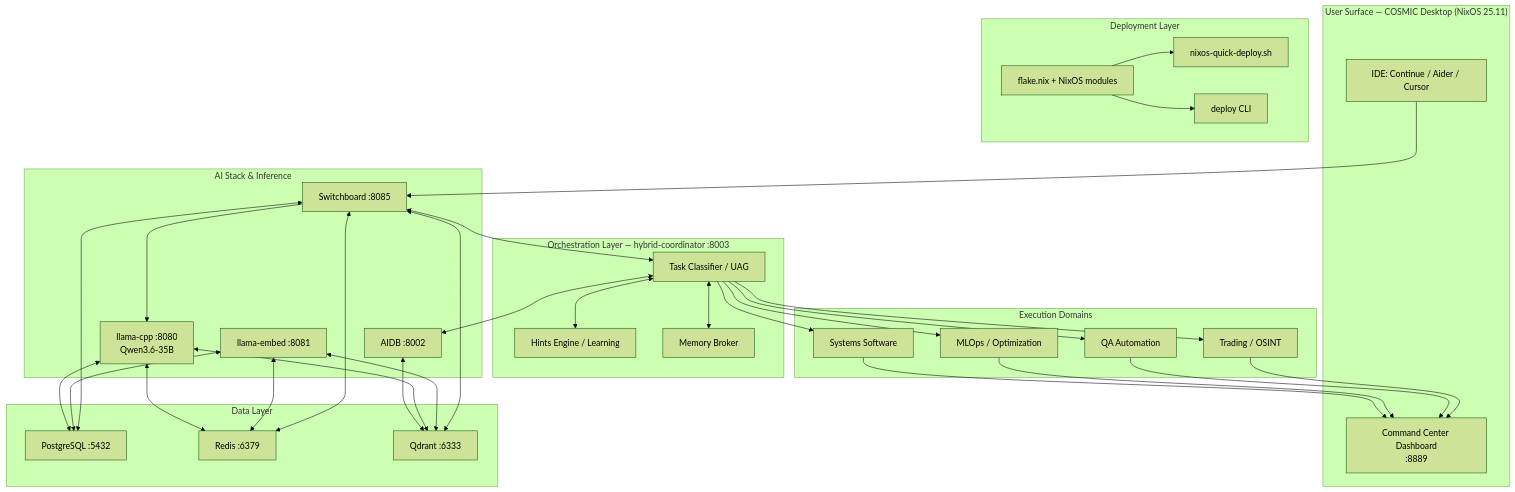
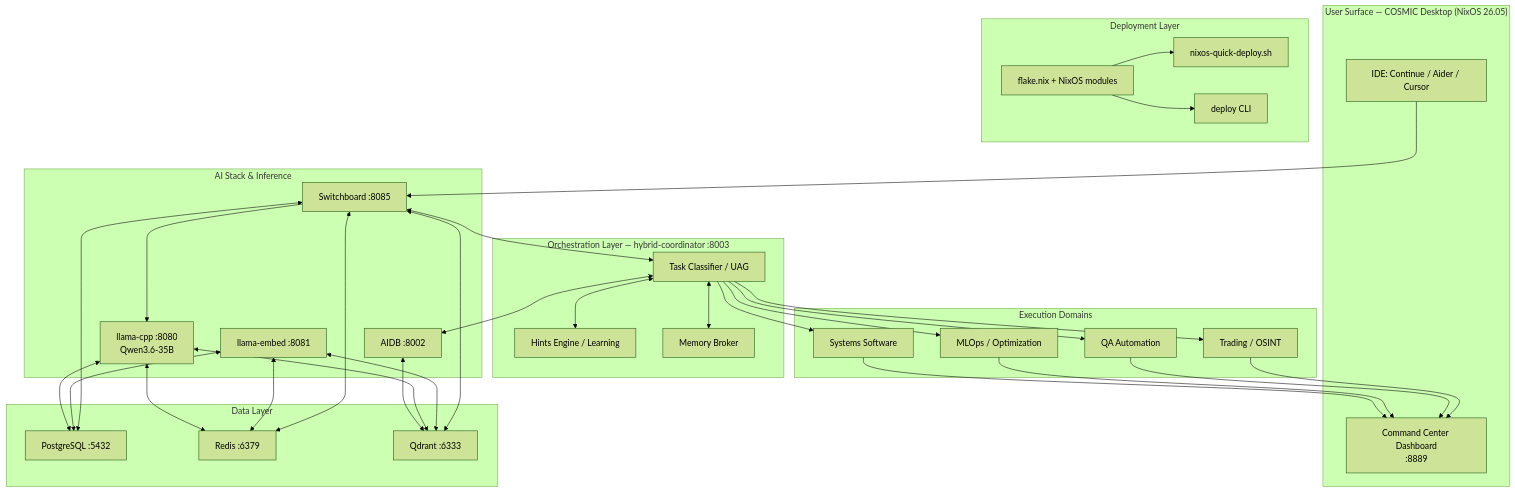
One commit to MasterofNull/NixOS-Dev-Quick-Deploy changed the diagram in README.md. Above: the diagram before and after it, drawn with Mermaid (forest theme). The commit also changed other lines of this file, not shown here.

````diff
--- a/README.md
+++ b/README.md
@@ -153,50 +153,50 @@
 ```mermaid
 flowchart TD
-    subgraph UI["User Surface — COSMIC Desktop (NixOS 25.11)"]
+    subgraph UI["User Surface — COSMIC Desktop (NixOS 26.05)"]
         Dash[Command Center Dashboard<br/>:8889]
         IDE[IDE: Continue / Aider / Cursor]
     end
 
     subgraph "Deployment Layer"
         A[flake.nix + NixOS modules] --> B[nixos-quick-deploy.sh]
         A --> C[deploy CLI]
     end
 
     subgraph "Orchestration Layer — hybrid-coordinator :8003"
         I[Task Classifier / UAG]
         H[Hints Engine / Learning]
         M[Memory Broker]
     end
 
     subgraph "Execution Domains"
         D1[Systems Software]
         D2[MLOps / Optimization]
         D3[QA Automation]
         D4[Trading / OSINT]
     end
 
     subgraph "AI Stack & Inference"
         G[Switchboard :8085]
         E[llama-cpp :8080<br/>Qwen3.6-35B]
         F[llama-embed :8081]
         AIDB[AIDB :8002]
     end
 
     subgraph "Data Layer"
         K[PostgreSQL :5432]
         L[Redis :6379]
         Q[Qdrant :6333]
     end
 
     %% Flow
     IDE --> G
     G --> E
     G <--> I
     I --> D1 & D2 & D3 & D4
     I <--> M
     I <--> H
     I <--> AIDB
     AIDB <--> Q
     D1 & D2 & D3 & D4 --> Dash
     E & F & G <--> K & L & Q
 ```
````
